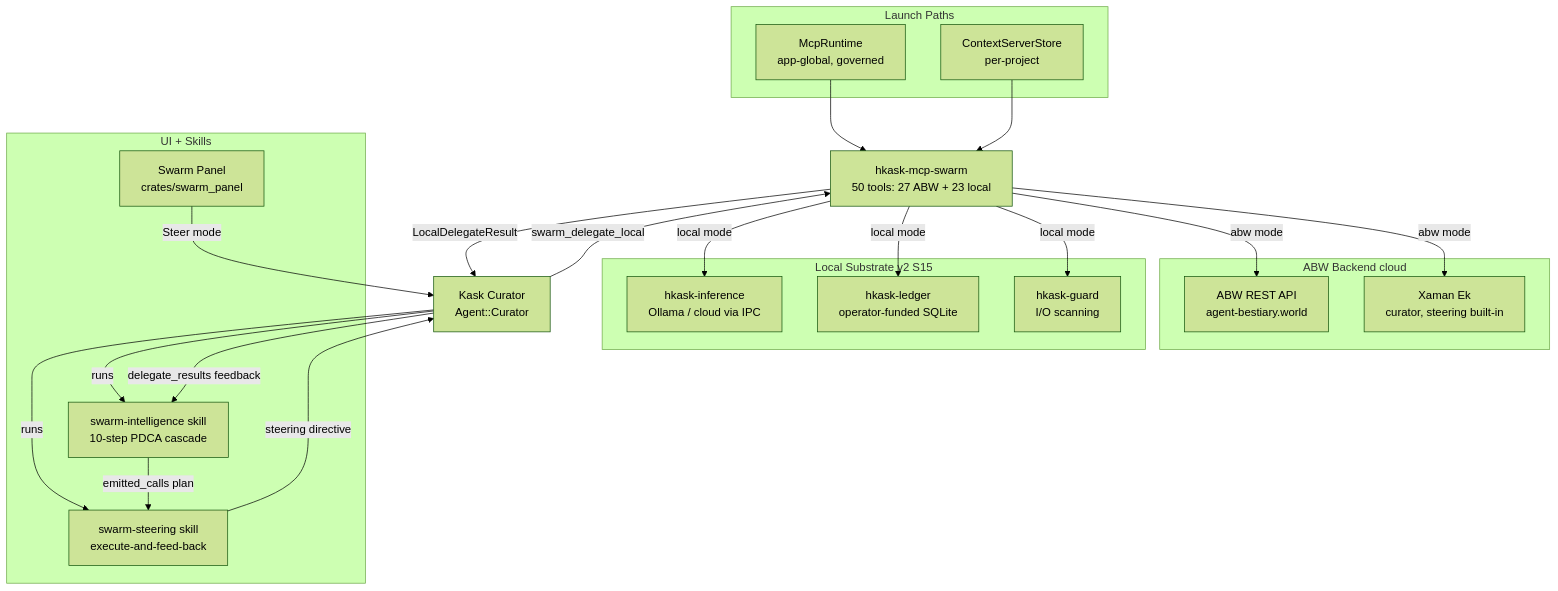
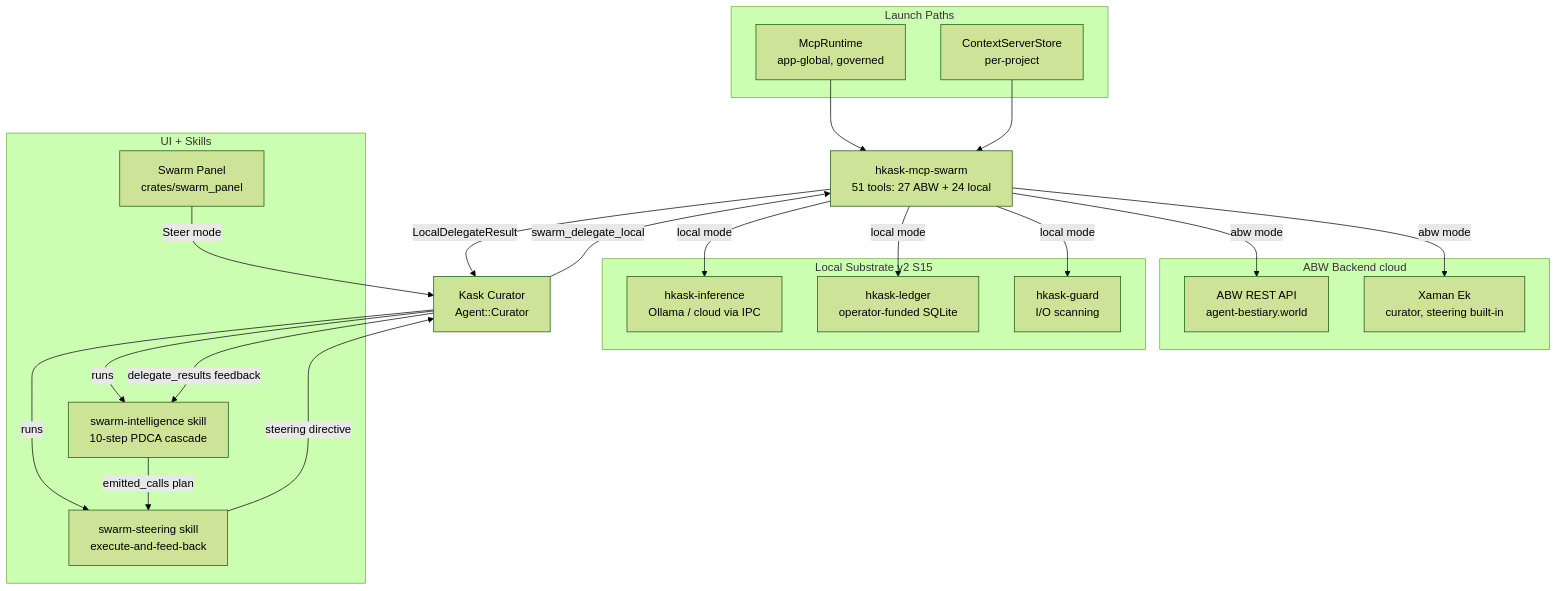
Before and after one commit to mdz-axo/zed-kask: the diagram in kask/docs/diagrams/flowchart-swarm-architecture.md, drawn with Mermaid (forest theme). The commit also changed other lines of this file and 55 other files, not shown here.

````diff
--- a/kask/docs/diagrams/flowchart-swarm-architecture.md
+++ b/kask/docs/diagrams/flowchart-swarm-architecture.md
@@ -15,41 +15,41 @@
 ```mermaid
 flowchart TD
     subgraph launch[Launch Paths]
         MR[McpRuntime<br/>app-global, governed]
         CS[ContextServerStore<br/>per-project]
     end
-    SWARM[hkask-mcp-swarm<br/>50 tools: 27 ABW + 23 local]
+    SWARM[hkask-mcp-swarm<br/>51 tools: 27 ABW + 24 local]
     MR --> SWARM
     CS --> SWARM
 
     subgraph abw[ABW Backend cloud]
         ABW_API[ABW REST API<br/>agent-bestiary.world]
         XAMAN[Xaman Ek<br/>curator, steering built-in]
     end
 
     subgraph local[Local Substrate v2 S15]
         INF[hkask-inference<br/>Ollama / cloud via IPC]
         LEDGER[hkask-ledger<br/>operator-funded SQLite]
         GUARD[hkask-guard<br/>I/O scanning]
     end
 
     SWARM -->|abw mode| ABW_API
     SWARM -->|abw mode| XAMAN
     SWARM -->|local mode| INF
     SWARM -->|local mode| LEDGER
     SWARM -->|local mode| GUARD
 
     subgraph ui[UI + Skills]
         PANEL[Swarm Panel<br/>crates/swarm_panel]
         SI[swarm-intelligence skill<br/>10-step PDCA cascade]
         SS[swarm-steering skill<br/>execute-and-feed-back]
     end
     PANEL -->|Steer mode| CURATOR[Kask Curator<br/>Agent::Curator]
     CURATOR -->|runs| SI
     CURATOR -->|runs| SS
     SI -->|emitted_calls plan| SS
     SS -->|steering directive| CURATOR
     CURATOR -->|swarm_delegate_local| SWARM
     SWARM -->|LocalDelegateResult| CURATOR
     CURATOR -->|delegate_results feedback| SI
 ```
````
